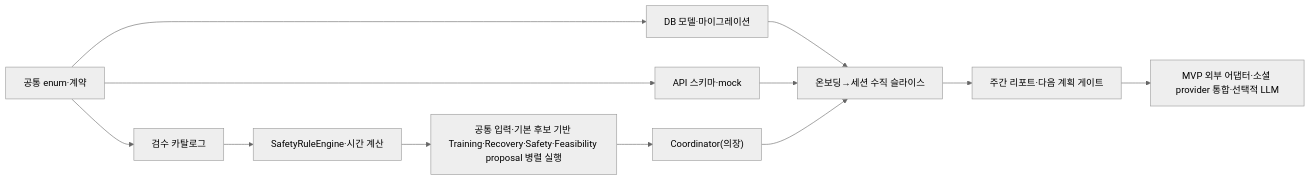
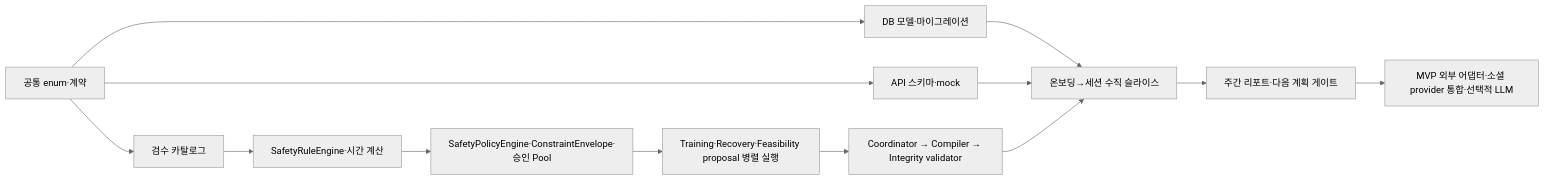
The diagram in docs/IMPLEMENTATION_PLAN.md (SKNETWORKS-FAMILY-AICAMP/SKN30-FINAL-5Team), drawn with Mermaid (neutral theme) before and after one commit. The commit also changed other lines of this file and 38 other files, not shown here.

````diff
--- a/docs/IMPLEMENTATION_PLAN.md
+++ b/docs/IMPLEMENTATION_PLAN.md
@@ -21,14 +21,15 @@
 ```mermaid
 flowchart LR
   C["공통 enum·계약"] --> CAT["검수 카탈로그"]
   C --> DB["DB 모델·마이그레이션"]
   C --> API["API 스키마·mock"]
   CAT --> RULE["SafetyRuleEngine·시간 계산"]
-  RULE --> AG["공통 입력·기본 후보 기반 Training·Recovery·Safety·Feasibility proposal 병렬 실행"]
-  AG --> COORD["Coordinator(의장)"]
+  RULE --> SAFE["SafetyPolicyEngine·ConstraintEnvelope·승인 Pool"]
+  SAFE --> AG["Training·Recovery·Feasibility proposal 병렬 실행"]
+  AG --> COORD["Coordinator → Compiler → Integrity validator"]
   DB --> FLOW["온보딩→세션 수직 슬라이스"]
   API --> FLOW
   COORD --> FLOW
   FLOW --> WEEK["주간 리포트·다음 계획 게이트"]
   WEEK --> OPT["MVP 외부 어댑터·소셜 provider 통합·선택적 LLM"]
 ```
````
